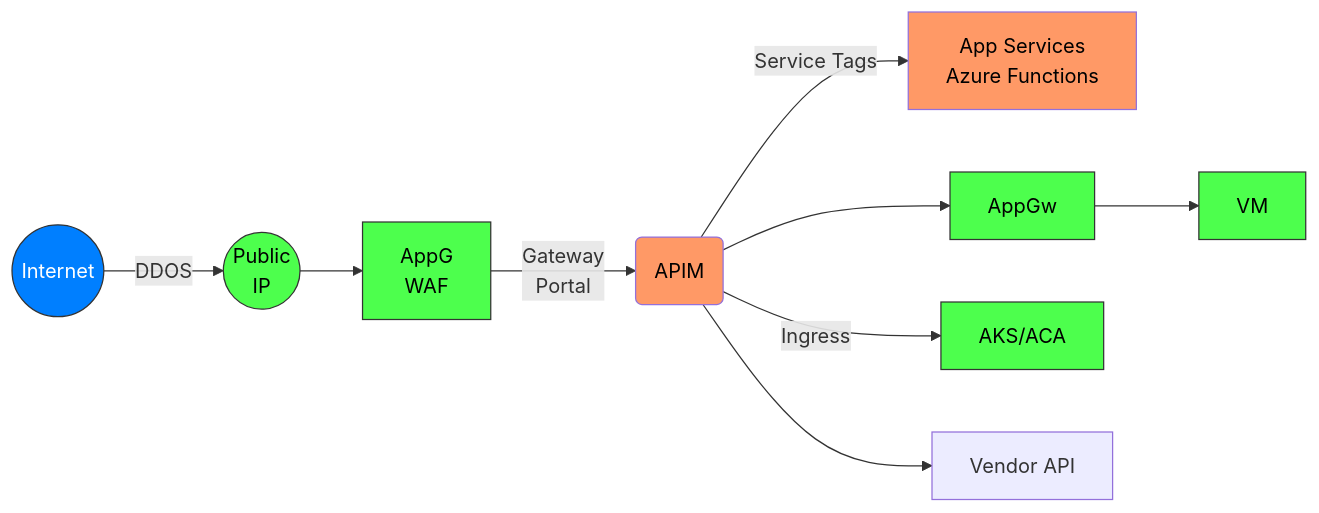
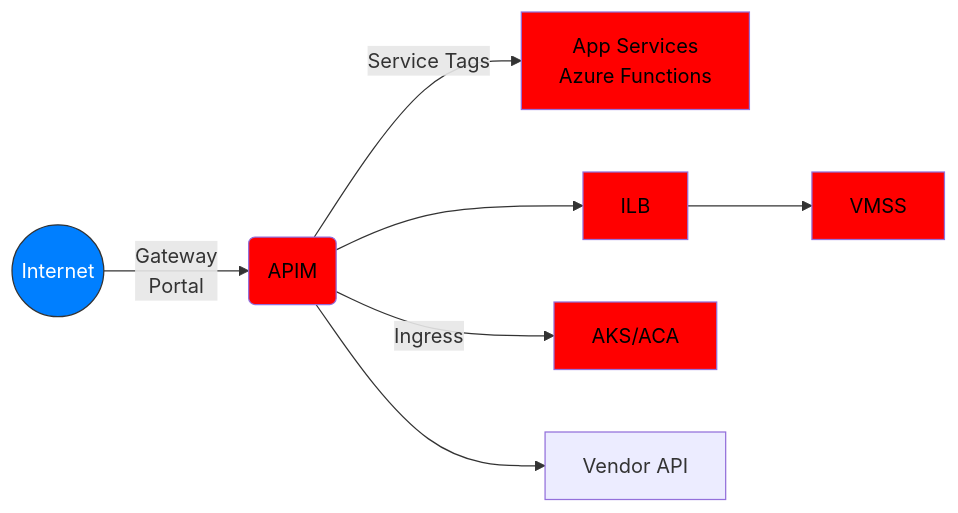
Before and after one commit to msalemor/azure-apim-networking: the second of 3 diagrams in README.md, drawn with Mermaid. The commit also changed other lines of this file, not shown here.

````diff
--- a/README.md
+++ b/README.md
@@ -39,17 +37,14 @@
 ```mermaid
 graph LR;
-    A((Internet))--DDOS-->X((Public<br/>IP));
-    X-->Z;
-    Z[AppG<br/>WAF];
-    Z--Gateway<br/>Portal-->B(APIM);
+    A((Internet))--Gateway<br/>Portal-->B(APIM)
     B--Service Tags-->C[App Services<br/>Azure Functions]
-    B-->D[AppGw];
-    D-->F[VM];
+    B-->D[ILB];
+    D-->F[VMSS];
     B--Ingress-->E[AKS/ACA];
     B-->G[Vendor API]
     style A fill:#007FFF,stroke:#333,stroke-width:1px,color:#fff;    
-    classDef someclass fill:#4DFF4D,stroke:#333,stroke-width:1px,color:black;
-    class Z,D,E,F,X someclass;
-    classDef someclass1 fill:#f96,color:black;
-    class C,B someclass1;
+    classDef unsafe fill:#4DFF4D,stroke:#333,stroke-width:1px,color:black;
+    class X unsafe;
+    classDef safe fill:red,color:black;
+    class C,Z,B,D,F,E,M safe;
 ```
````
